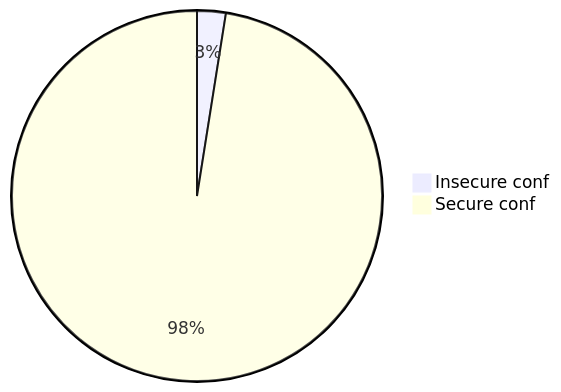
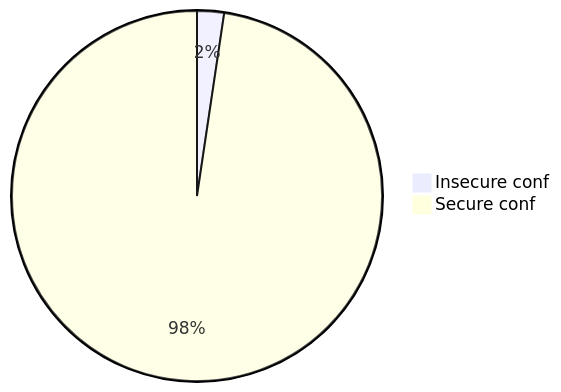
One commit to oshp/oshp-stats changed diagram 20 of 22 in stats.md. Above: the diagram before and after it, drawn with Mermaid. The commit also changed other lines of this file, not shown here.

````diff
--- a/stats.md
+++ b/stats.md
@@ -240,6 +240,6 @@
 ```mermaid
 pie
-	"Insecure conf" : 2.5
-	"Secure conf" : 97.5
+	"Insecure conf" : 2.35
+	"Secure conf" : 97.65
 
 ```
````
